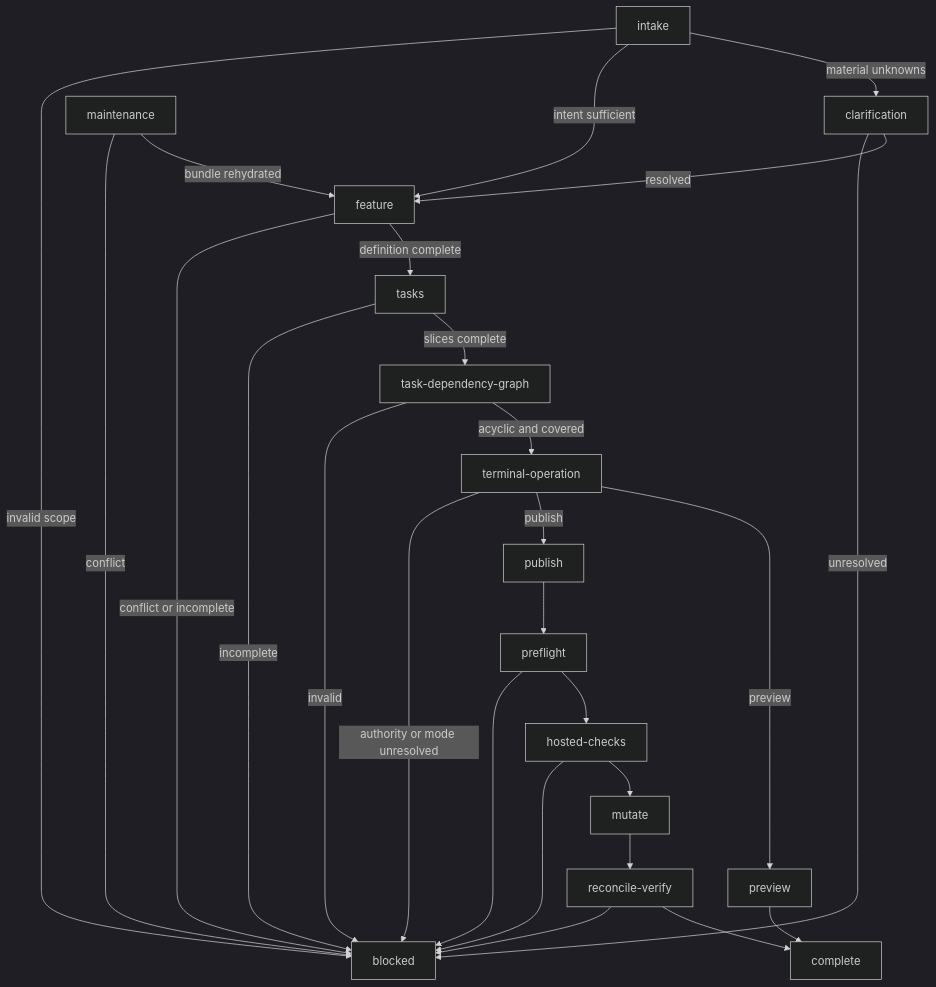
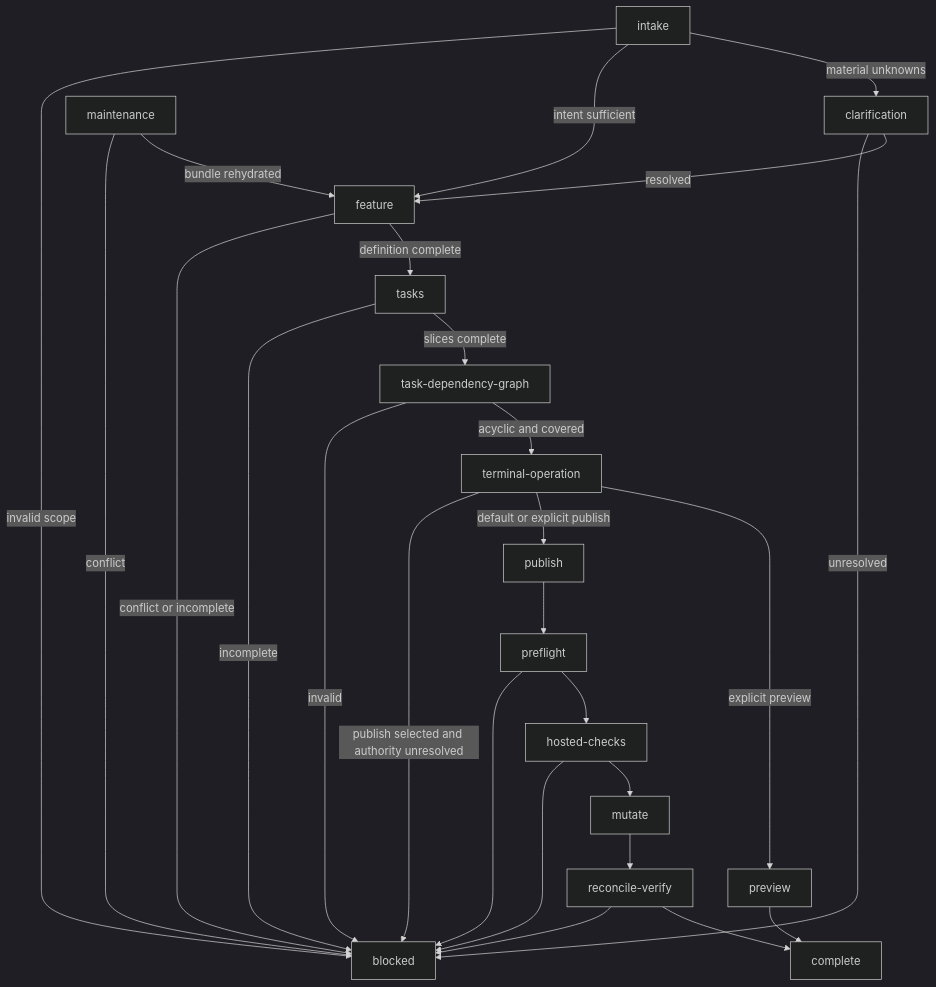
Before and after one commit to alemar11/dotagents: the diagram in plugins/se2/skills/feature/SKILL.md, drawn with Mermaid (dark theme). The commit also changed other lines of this file and 16 other files, not shown here.

```diff
--- a/plugins/se2/skills/feature/SKILL.md
+++ b/plugins/se2/skills/feature/SKILL.md
@@ -148,28 +153,28 @@
 ~~~mermaid
 flowchart TD
     intake -->|material unknowns| clarification
     intake -->|intent sufficient| feature
     intake -->|invalid scope| blocked
     maintenance -->|bundle rehydrated| feature
     maintenance -->|conflict| blocked
     clarification -->|resolved| feature
     clarification -->|unresolved| blocked
     feature -->|definition complete| tasks
     feature -->|conflict or incomplete| blocked
     tasks -->|slices complete| task-dependency-graph
     tasks -->|incomplete| blocked
     task-dependency-graph -->|acyclic and covered| terminal-operation
     task-dependency-graph -->|invalid| blocked
-    terminal-operation -->|preview| preview
-    terminal-operation -->|publish| publish
-    terminal-operation -->|authority or mode unresolved| blocked
+    terminal-operation -->|explicit preview| preview
+    terminal-operation -->|default or explicit publish| publish
+    terminal-operation -->|publish selected and authority unresolved| blocked
     preview --> complete
     publish --> preflight
     preflight --> hosted-checks
     preflight --> blocked
     hosted-checks --> mutate
     hosted-checks --> blocked
     mutate --> reconcile-verify
     reconcile-verify --> complete
     reconcile-verify --> blocked
 ~~~
```
